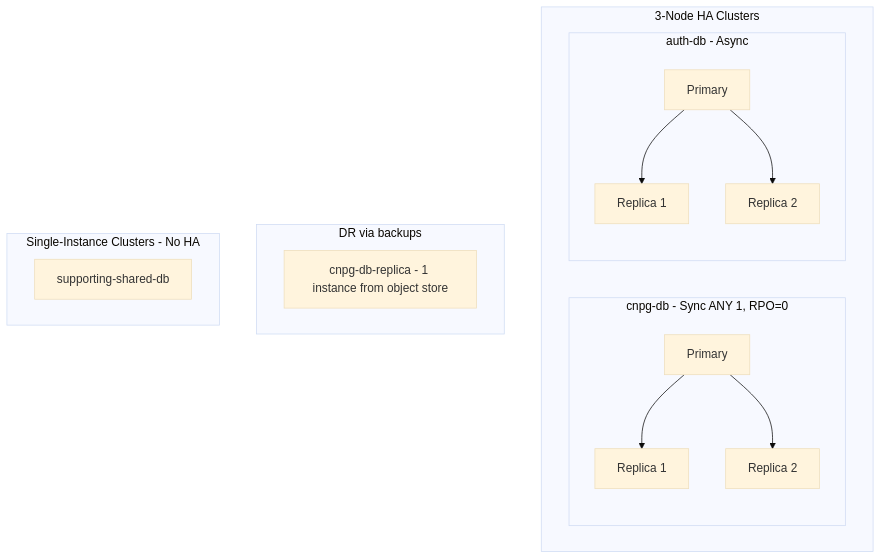
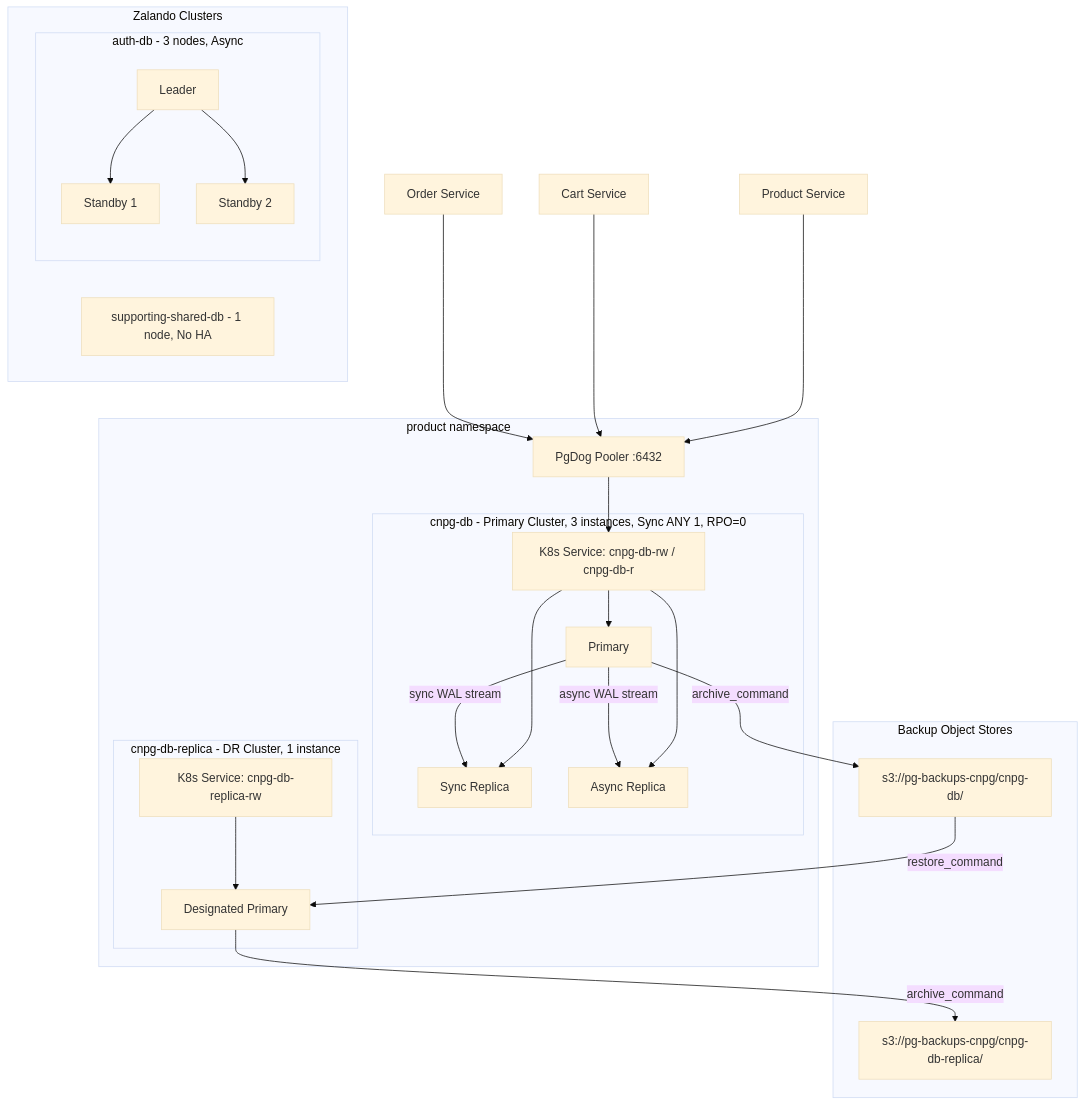
The first of 12 diagrams in docs/databases/004-replication-strategy.md (duynhlab/homelab), drawn with Mermaid (base theme) before and after one commit. The commit also changed other lines of this file and 110 other files, not shown here.

````diff
--- a/docs/databases/004-replication-strategy.md
+++ b/docs/databases/004-replication-strategy.md
@@ -18,27 +18,49 @@
 ```mermaid
 flowchart TB
-    subgraph HA [3-Node HA Clusters]
-        subgraph cnpg [cnpg-db - Sync ANY 1, RPO=0]
-            C1[Primary]
-            C2[Replica 1]
-            C3[Replica 2]
-            C1 --> C2
-            C1 --> C3
-        end
-        subgraph auth [auth-db - Async]
-            A1[Primary]
-            A2[Replica 1]
-            A3[Replica 2]
-            A1 --> A2
-            A1 --> A3
-        end
+  subgraph productNS ["product namespace"]
+    subgraph cnpgPrimary ["cnpg-db - Primary Cluster, 3 instances, Sync ANY 1, RPO=0"]
+      CnpgSvc["K8s Service: cnpg-db-rw / cnpg-db-r"]
+      P1["Primary"]
+      P2["Sync Replica"]
+      P3["Async Replica"]
+      CnpgSvc --> P1
+      CnpgSvc --> P2
+      CnpgSvc --> P3
+      P1 -->|"sync WAL stream"| P2
+      P1 -->|"async WAL stream"| P3
     end
 
-    subgraph DR [DR via backups]
-        DR1[cnpg-db-replica - 1 instance from object store]
+    subgraph cnpgDR ["cnpg-db-replica - DR Cluster, 1 instance"]
+      DRSvc["K8s Service: cnpg-db-replica-rw"]
+      DR1["Designated Primary"]
+      DRSvc --> DR1
     end
 
-    subgraph Single [Single-Instance Clusters - No HA]
-        S1[supporting-shared-db]
+    PgDog["PgDog Pooler :6432"]
+  end
+
+  subgraph objStores ["Backup Object Stores"]
+    PrimaryStore["s3://pg-backups-cnpg/cnpg-db/"]
+    DRStore["s3://pg-backups-cnpg/cnpg-db-replica/"]
+  end
+
+  subgraph zalandoClusters ["Zalando Clusters"]
+    subgraph authCluster ["auth-db - 3 nodes, Async"]
+      AuthP["Leader"]
+      AuthS1["Standby 1"]
+      AuthS2["Standby 2"]
+      AuthP --> AuthS1
+      AuthP --> AuthS2
     end
+    SupportingDB["supporting-shared-db - 1 node, No HA"]
+  end
+
+  ProductSvc["Product Service"] --> PgDog
+  CartSvc["Cart Service"] --> PgDog
+  OrderSvc["Order Service"] --> PgDog
+  PgDog --> CnpgSvc
+
+  P1 -->|"archive_command"| PrimaryStore
+  PrimaryStore -->|"restore_command"| DR1
+  DR1 -->|"archive_command"| DRStore
 ```
````
